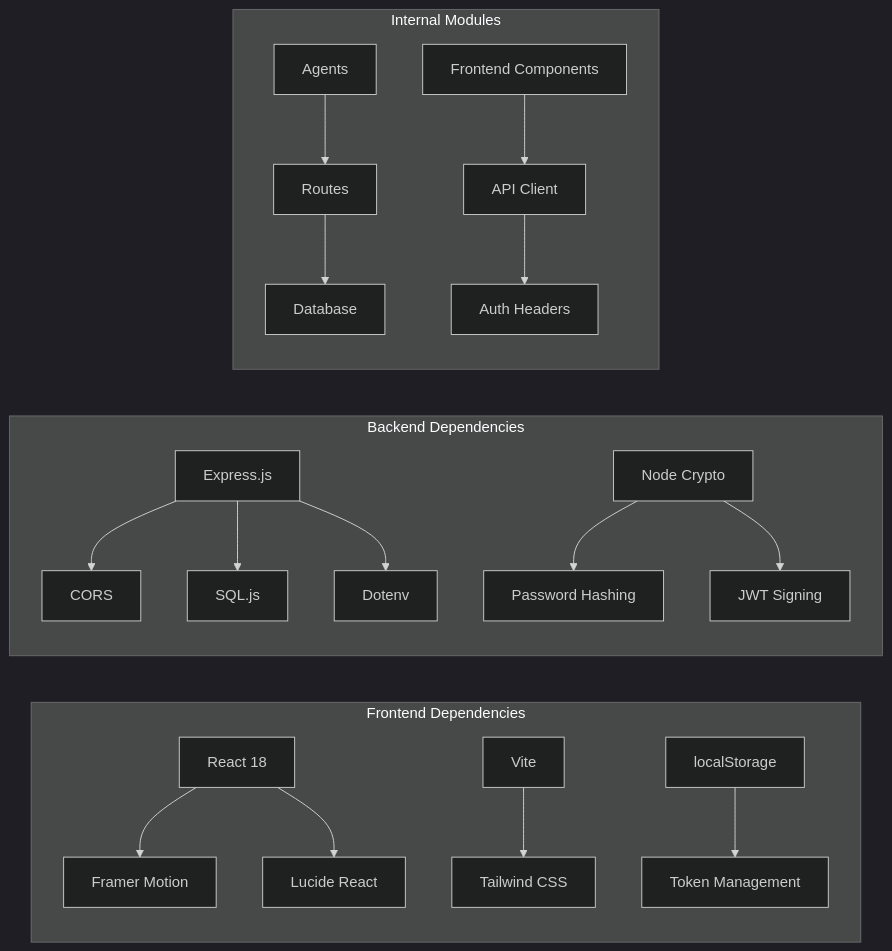
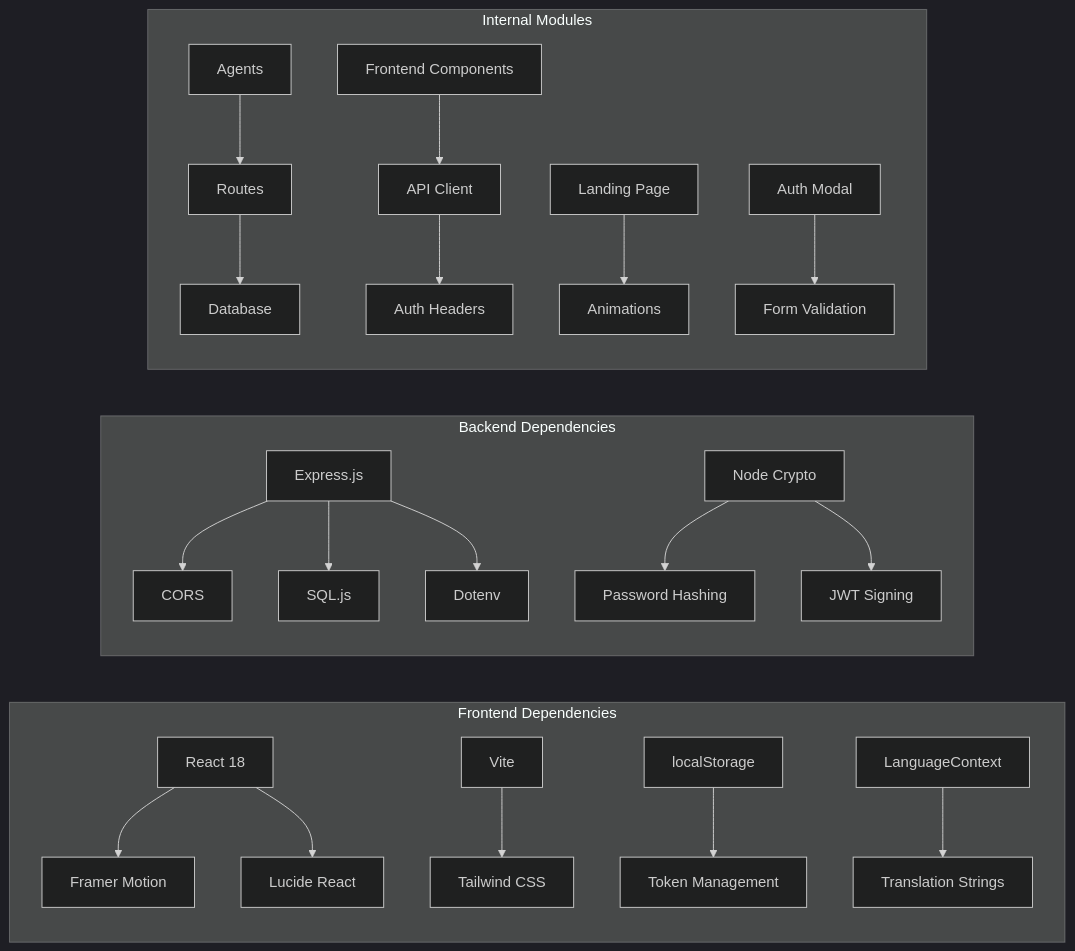
One commit to Alishba-Moin/CareerCompass changed the third of 3 diagrams in .qoder/repowiki/en/content/Project Overview.md. Above: the diagram before and after it, drawn with Mermaid (dark theme). The commit also changed other lines of this file and 8 other files, not shown here.

````diff
--- a/.qoder/repowiki/en/content/Project Overview.md
+++ b/.qoder/repowiki/en/content/Project Overview.md
@@ -347,22 +488,25 @@
 ```mermaid
 graph LR
 subgraph "Frontend Dependencies"
 A["React 18"] --> B["Framer Motion"]
 A --> C["Lucide React"]
 D["Vite"] --> E["Tailwind CSS"]
 F["localStorage"] --> G["Token Management"]
+H["LanguageContext"] --> I["Translation Strings"]
 end
 subgraph "Backend Dependencies"
-H["Express.js"] --> I["CORS"]
-H --> J["SQL.js"]
-H --> K["Dotenv"]
-L["Node Crypto"] --> M["Password Hashing"]
-L --> N["JWT Signing"]
+J["Express.js"] --> K["CORS"]
+J --> L["SQL.js"]
+J --> M["Dotenv"]
+N["Node Crypto"] --> O["Password Hashing"]
+N --> P["JWT Signing"]
 end
 subgraph "Internal Modules"
-O["Agents"] --> P["Routes"]
-P --> Q["Database"]
-R["Frontend Components"] --> S["API Client"]
-S --> T["Auth Headers"]
+Q["Agents"] --> R["Routes"]
+R --> S["Database"]
+T["Frontend Components"] --> U["API Client"]
+U --> V["Auth Headers"]
+W["Landing Page"] --> X["Animations"]
+Y["Auth Modal"] --> Z["Form Validation"]
 end
 ```
````
